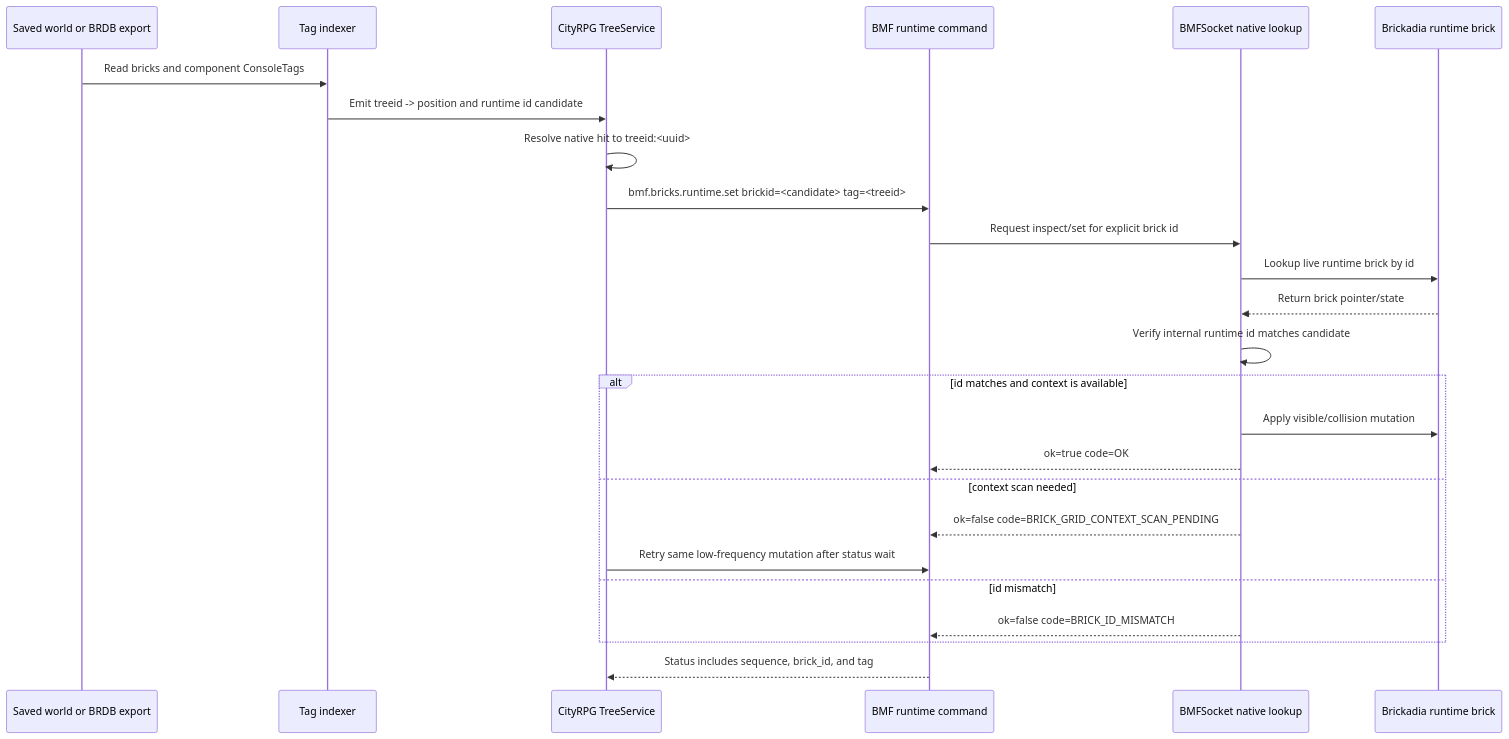
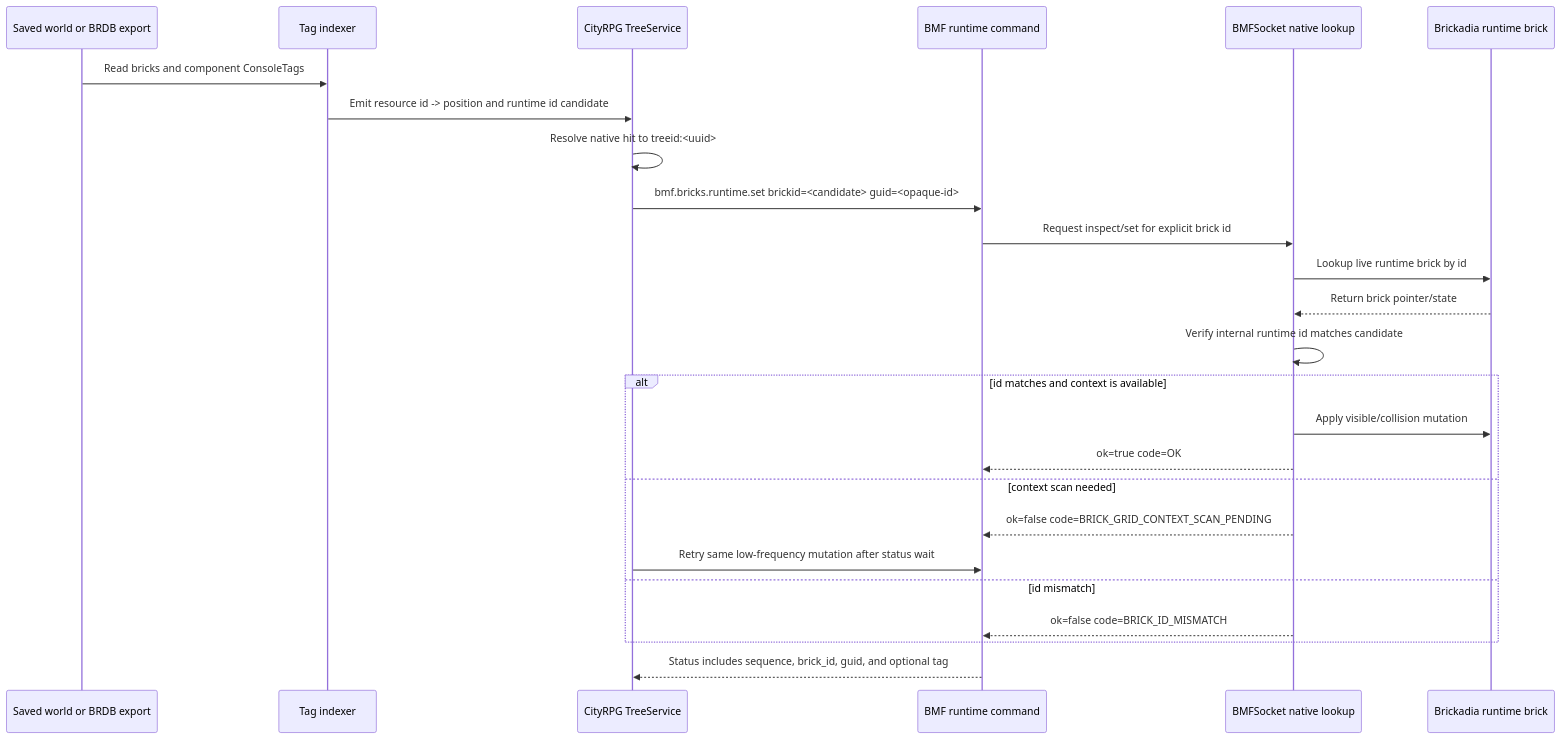
Before and after one commit to Ty-lerCox/brickadia-modding-framework: the seventh of 9 diagrams in docs/architecture/architecture-patterns.md, drawn with Mermaid. The commit also changed other lines of this file and 5 other files, not shown here.

Commit message:
Add generic runtime brick GUID controls

````diff
--- a/docs/architecture/architecture-patterns.md
+++ b/docs/architecture/architecture-patterns.md
@@ -221,28 +221,28 @@
 ```mermaid
 sequenceDiagram
     participant World as Saved world or BRDB export
     participant Indexer as Tag indexer
     participant CityRPG as CityRPG TreeService
     participant BMF as BMF runtime command
     participant Native as BMFSocket native lookup
     participant Server as Brickadia runtime brick
 
     World->>Indexer: Read bricks and component ConsoleTags
-    Indexer->>CityRPG: Emit treeid -> position and runtime id candidate
+    Indexer->>CityRPG: Emit resource id -> position and runtime id candidate
     CityRPG->>CityRPG: Resolve native hit to treeid:<uuid>
-    CityRPG->>BMF: bmf.bricks.runtime.set brickid=<candidate> tag=<treeid>
+    CityRPG->>BMF: bmf.bricks.runtime.set brickid=<candidate> guid=<opaque-id>
     BMF->>Native: Request inspect/set for explicit brick id
     Native->>Server: Lookup live runtime brick by id
     Server-->>Native: Return brick pointer/state
     Native->>Native: Verify internal runtime id matches candidate
     alt id matches and context is available
         Native->>Server: Apply visible/collision mutation
         Native-->>BMF: ok=true code=OK
     else context scan needed
         Native-->>BMF: ok=false code=BRICK_GRID_CONTEXT_SCAN_PENDING
         CityRPG->>BMF: Retry same low-frequency mutation after status wait
     else id mismatch
         Native-->>BMF: ok=false code=BRICK_ID_MISMATCH
     end
-    BMF-->>CityRPG: Status includes sequence, brick_id, and tag
+    BMF-->>CityRPG: Status includes sequence, brick_id, guid, and optional tag
 ```
````
